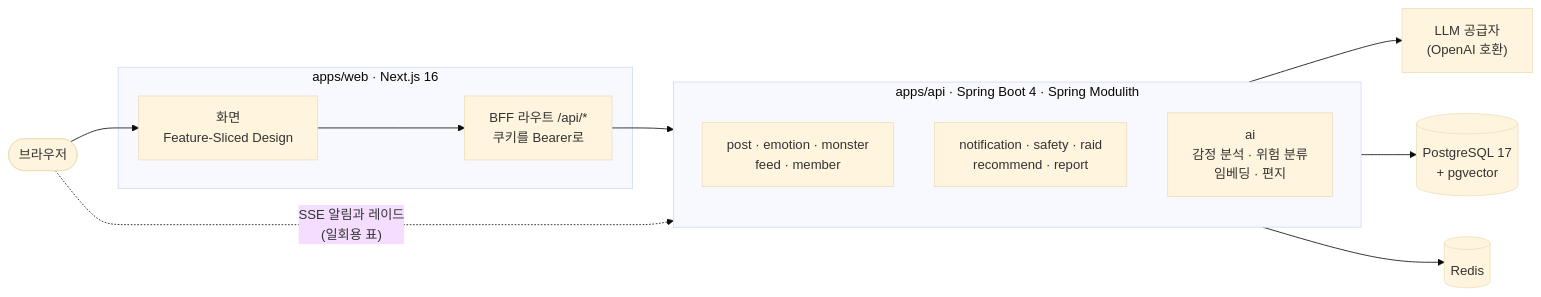
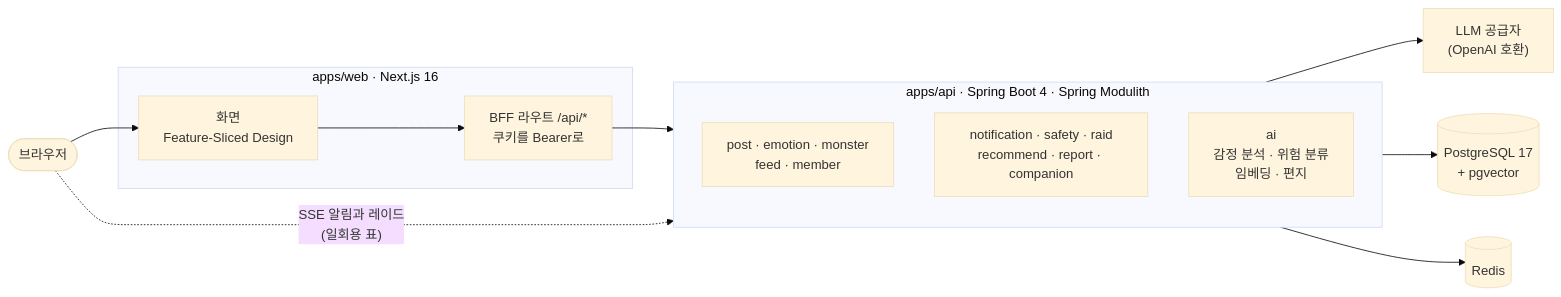
Before and after one commit to hyunolike/5959: the diagram in README.md, drawn with Mermaid (base theme). The commit also changed other lines of this file and 1 other file, not shown here.

````diff
--- a/README.md
+++ b/README.md
@@ -72,26 +77,26 @@
 ```mermaid
 flowchart LR
     U([브라우저])
 
     subgraph Web["apps/web · Next.js 16"]
         Pages["화면<br/>Feature-Sliced Design"]
         BFF["BFF 라우트 /api/*<br/>쿠키를 Bearer로"]
     end
 
     subgraph Api["apps/api · Spring Boot 4 · Spring Modulith"]
         direction TB
         Core["post · emotion · monster<br/>feed · member"]
-        More["notification · safety · raid<br/>recommend · report"]
+        More["notification · safety · raid<br/>recommend · report · companion"]
         AI["ai<br/>감정 분석 · 위험 분류<br/>임베딩 · 편지"]
     end
 
     PG[("PostgreSQL 17<br/>+ pgvector")]
     Redis[("Redis")]
     LLM["LLM 공급자<br/>(OpenAI 호환)"]
 
     U --> Pages --> BFF --> Api
     U -. "SSE 알림과 레이드<br/>(일회용 표)" .-> Api
     Api --> PG
     Api --> Redis
     AI --> LLM
 ```
````
